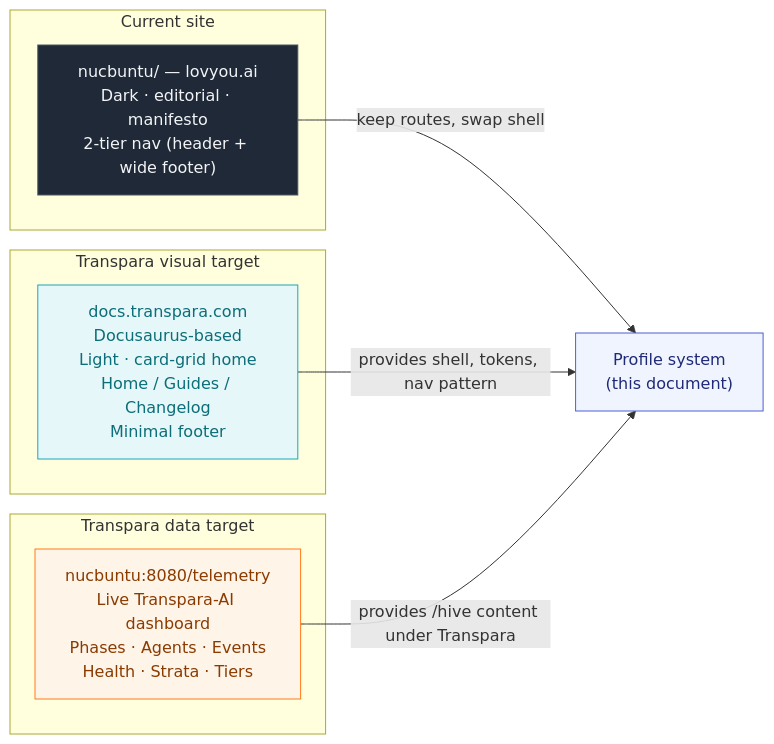
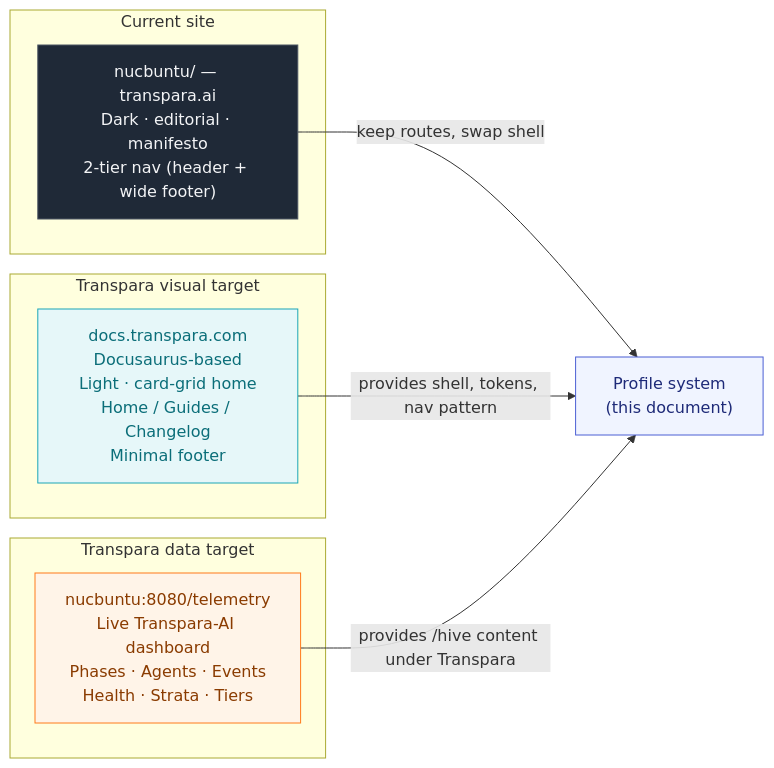
One commit to transpara-ai/site changed the first of 5 diagrams in docs/site-profile-redesign/02-display-profile-system.md. Above: the diagram before and after it, drawn with Mermaid. The commit also changed other lines of this file and 108 other files, not shown here.

````diff
--- a/docs/site-profile-redesign/02-display-profile-system.md
+++ b/docs/site-profile-redesign/02-display-profile-system.md
@@ -41,26 +41,26 @@
 ```mermaid
 graph LR
     subgraph Current["Current site"]
-        A["nucbuntu/ — lovyou.ai<br/>Dark · editorial · manifesto<br/>2-tier nav (header + wide footer)"]
+        A["nucbuntu/ — transpara.ai<br/>Dark · editorial · manifesto<br/>2-tier nav (header + wide footer)"]
     end
     subgraph Target["Transpara visual target"]
         B["docs.transpara.com<br/>Docusaurus-based<br/>Light · card-grid home<br/>Home / Guides / Changelog<br/>Minimal footer"]
     end
     subgraph Data["Transpara data target"]
         C["nucbuntu:8080/telemetry<br/>Live Transpara-AI dashboard<br/>Phases · Agents · Events<br/>Health · Strata · Tiers"]
     end
 
     A -->|keep routes, swap shell| D["Profile system<br/>(this document)"]
     B -->|provides shell, tokens, nav pattern| D
     C -->|provides /hive content under Transpara| D
 
     classDef current fill:#1f2937,stroke:#4b5563,color:#f3f4f6
     classDef target fill:#e6f7f9,stroke:#1aa6b7,color:#0b6e79
     classDef data fill:#fff4e8,stroke:#ff7a1a,color:#8a3b00
     classDef system fill:#f0f4ff,stroke:#4b5fd4,color:#1e2a78
 
     class A current
     class B target
     class C data
     class D system
 ```
````
